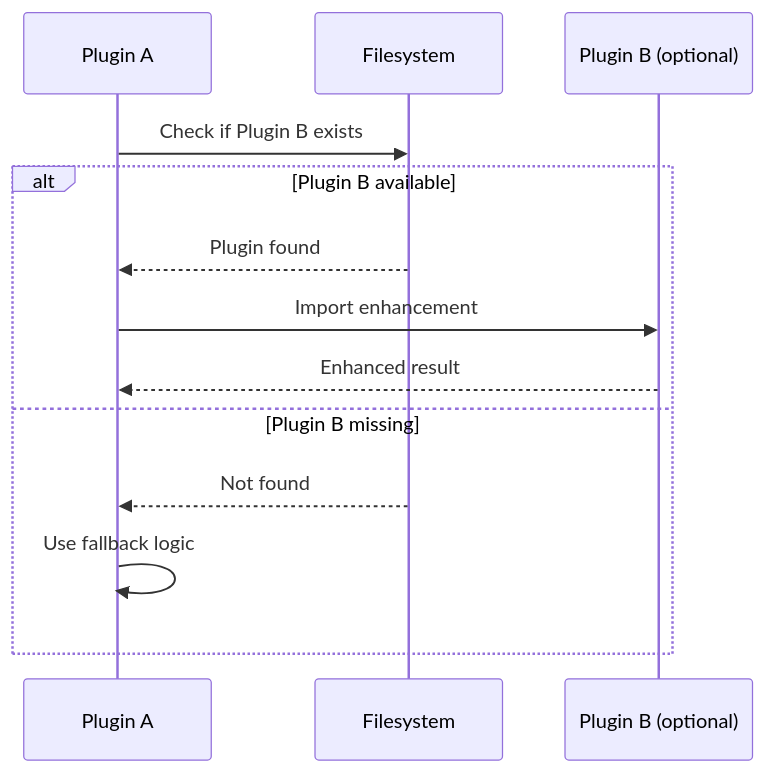
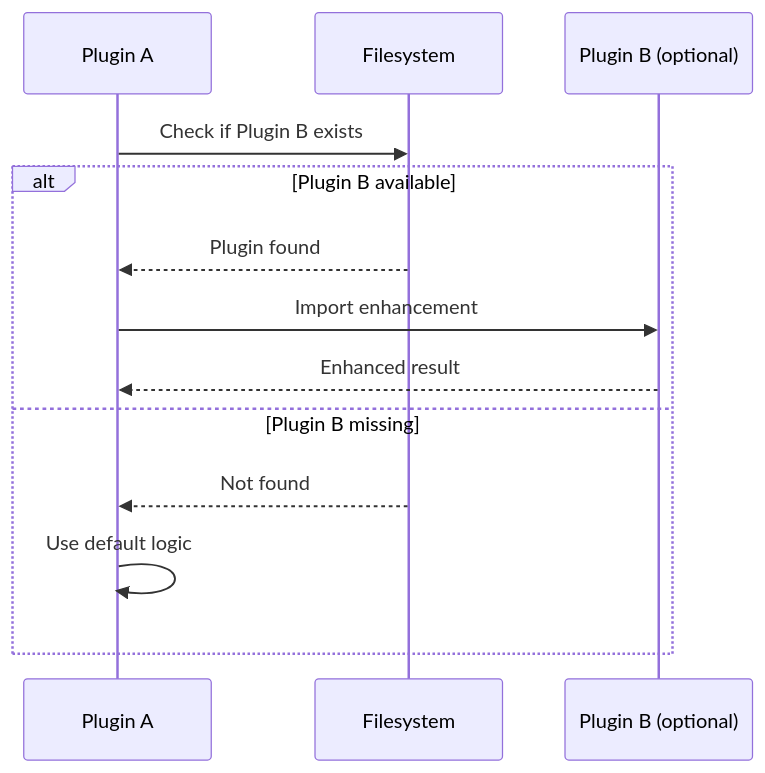
Before and after one commit to athola/claude-night-market: the third of 4 diagrams in docs/adr/0001-plugin-dependency-isolation.md, drawn with Mermaid. The commit also changed other lines of this file and 92 other files, not shown here.

````diff
--- a/docs/adr/0001-plugin-dependency-isolation.md
+++ b/docs/adr/0001-plugin-dependency-isolation.md
@@ -79,16 +72,16 @@
 ```mermaid
 sequenceDiagram
     participant P as Plugin A
     participant FS as Filesystem
     participant D as Plugin B (optional)
 
     P->>FS: Check if Plugin B exists
     alt Plugin B available
         FS-->>P: Plugin found
         P->>D: Import enhancement
         D-->>P: Enhanced result
     else Plugin B missing
         FS-->>P: Not found
-        P->>P: Use fallback logic
+        P->>P: Use default logic
     end
 ```
````
